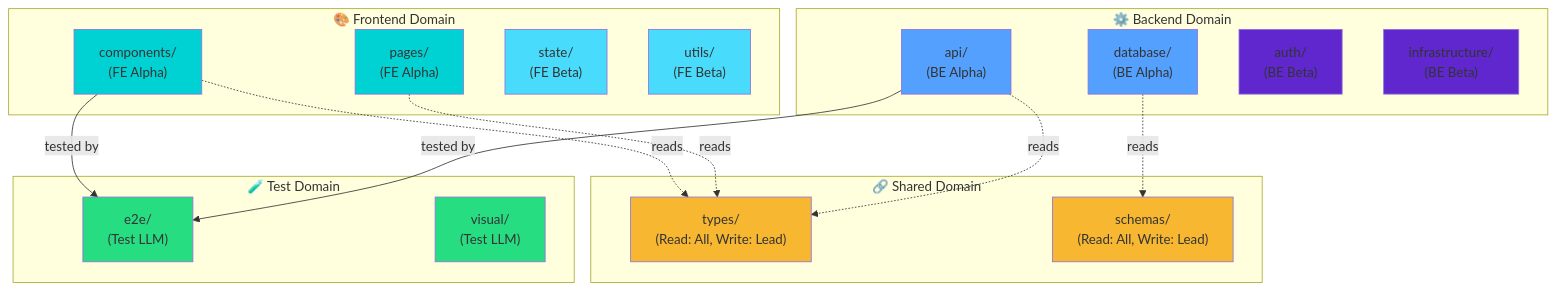
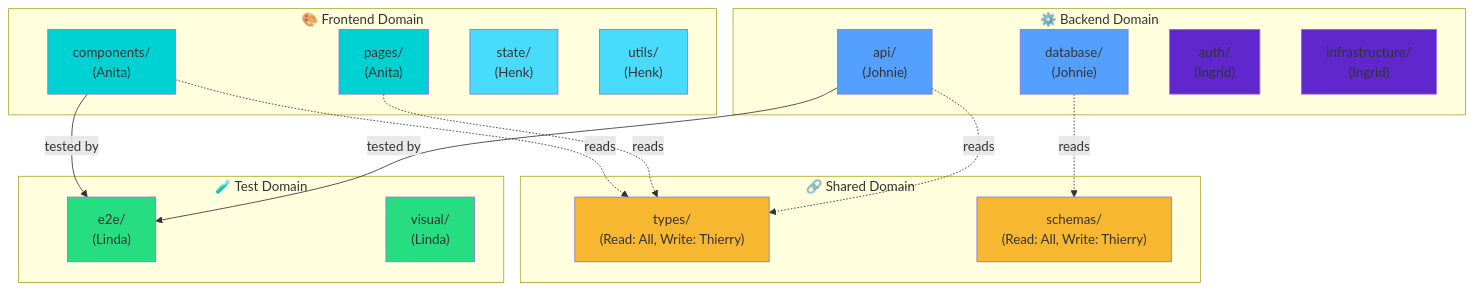
The sixth of 10 diagrams in blog/personal/2025-01-26-lokale-ai-dev-omgeving.md (rubenvdlinde/rubenlinde), drawn with Mermaid before and after one commit. The commit also changed other lines of this file, not shown here.

````diff
--- a/blog/personal/2025-01-26-lokale-ai-dev-omgeving.md
+++ b/blog/personal/2025-01-26-lokale-ai-dev-omgeving.md
@@ -472,47 +472,47 @@
 ```mermaid
 graph TB
     subgraph Frontend["🎨 Frontend Domain"]
-        FE_Comp["components/<br/>(FE Alpha)"]
-        FE_Pages["pages/<br/>(FE Alpha)"]
-        FE_State["state/<br/>(FE Beta)"]
-        FE_Utils["utils/<br/>(FE Beta)"]
+        FE_Comp["components/<br/>(Anita)"]
+        FE_Pages["pages/<br/>(Anita)"]
+        FE_State["state/<br/>(Henk)"]
+        FE_Utils["utils/<br/>(Henk)"]
     end
 
     subgraph Backend["⚙️ Backend Domain"]
-        BE_API["api/<br/>(BE Alpha)"]
-        BE_DB["database/<br/>(BE Alpha)"]
-        BE_Auth["auth/<br/>(BE Beta)"]
-        BE_Infra["infrastructure/<br/>(BE Beta)"]
+        BE_API["api/<br/>(Johnie)"]
+        BE_DB["database/<br/>(Johnie)"]
+        BE_Auth["auth/<br/>(Ingrid)"]
+        BE_Infra["infrastructure/<br/>(Ingrid)"]
     end
 
     subgraph Shared["🔗 Shared Domain"]
-        Types["types/<br/>(Read: All, Write: Lead)"]
-        Schemas["schemas/<br/>(Read: All, Write: Lead)"]
+        Types["types/<br/>(Read: All, Write: Thierry)"]
+        Schemas["schemas/<br/>(Read: All, Write: Thierry)"]
     end
 
     subgraph Tests["🧪 Test Domain"]
-        E2E["e2e/<br/>(Test LLM)"]
-        Visual["visual/<br/>(Test LLM)"]
+        E2E["e2e/<br/>(Linda)"]
+        Visual["visual/<br/>(Linda)"]
     end
 
     FE_Comp -.->|reads| Types
     FE_Pages -.->|reads| Types
     BE_API -.->|reads| Types
     BE_DB -.->|reads| Schemas
 
     FE_Comp -->|tested by| E2E
     BE_API -->|tested by| E2E
 
     style FE_Comp fill:#00d2d3
     style FE_Pages fill:#00d2d3
     style FE_State fill:#48dbfb
     style FE_Utils fill:#48dbfb
     style BE_API fill:#54a0ff
     style BE_DB fill:#54a0ff
     style BE_Auth fill:#5f27cd
     style BE_Infra fill:#5f27cd
     style Types fill:#f7b731
     style Schemas fill:#f7b731
     style E2E fill:#26de81
     style Visual fill:#26de81
 ```
````
